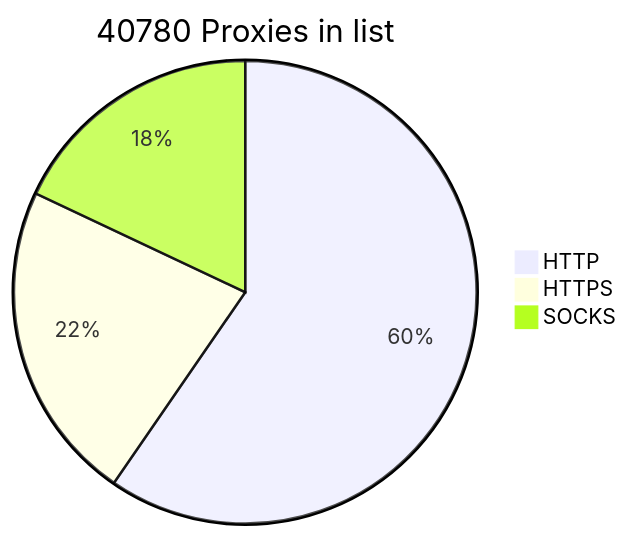
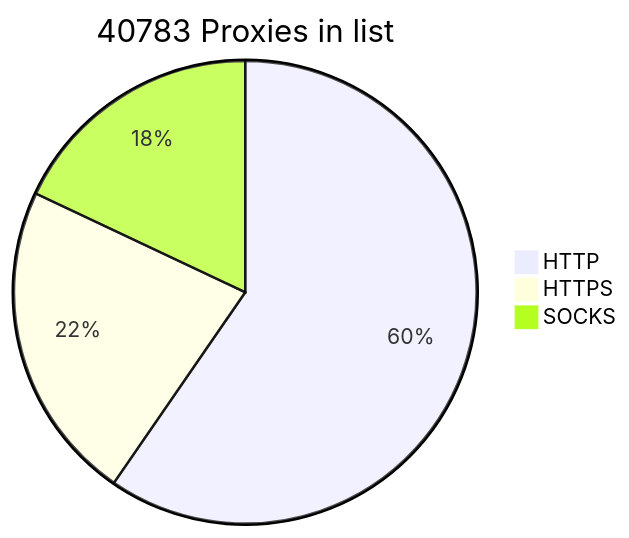
The diagram in README.md (BlackSnowDot/proxylist-update-every-minute), drawn with Mermaid before and after one commit. The commit also changed other lines of this file, not shown here.

````diff
--- a/README.md
+++ b/README.md
@@ -2,6 +2,6 @@
 ```mermaid
-pie title 40780 Proxies in list
-    "HTTP" : 28543
+pie title 40783 Proxies in list
+    "HTTP" : 28547
     "HTTPS": 10734
     "SOCKS" : 8614
 ```
````
